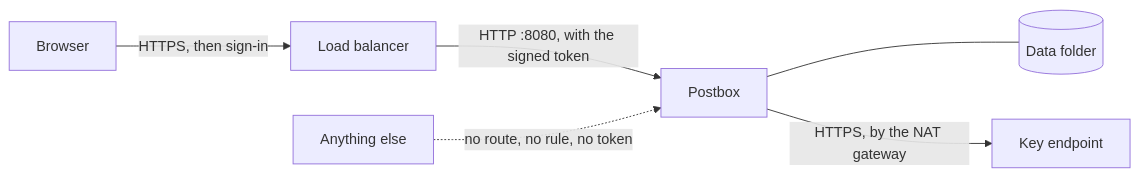
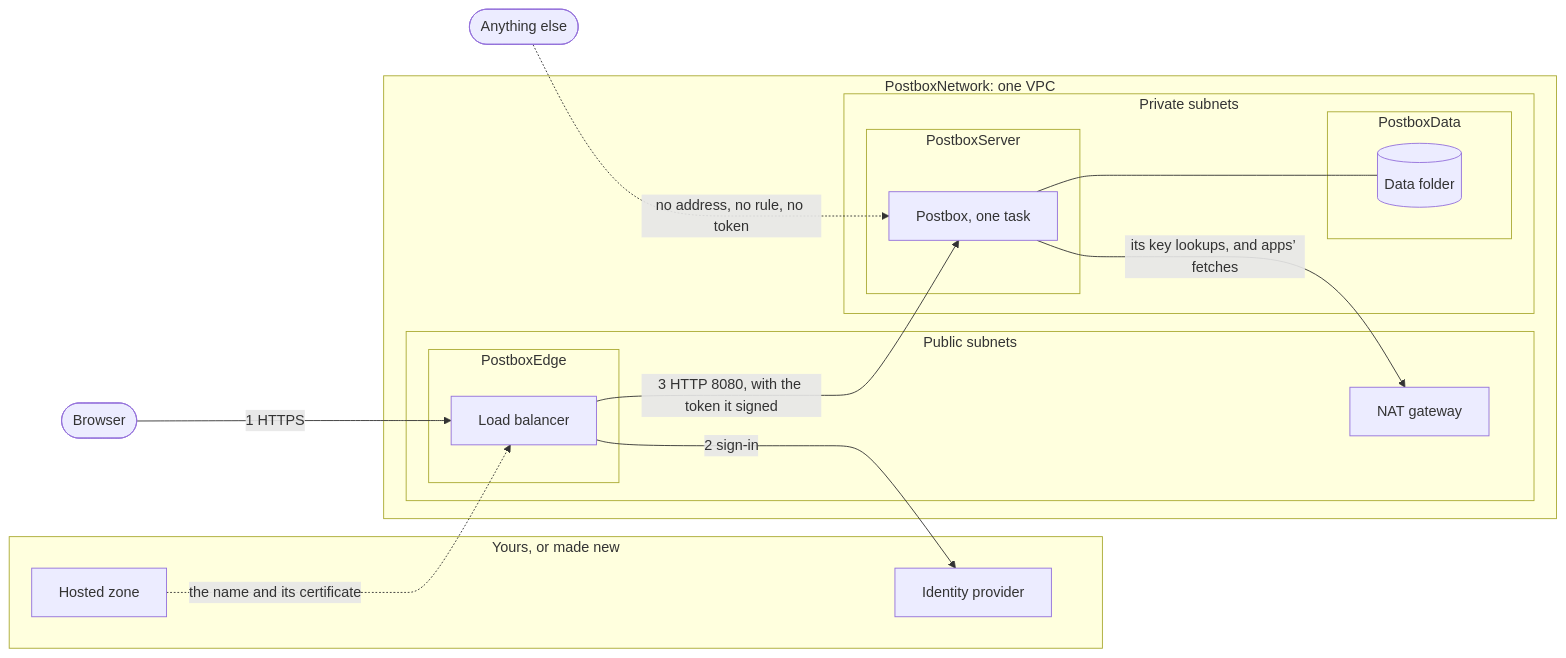
One commit to HJeon139/postbox changed the first of 2 diagrams in infra/README.md. Above: the diagram before and after it, drawn with Mermaid. The commit also changed other lines of this file and 1 other file, not shown here.

Commit message:
docs(hosted): what a real sign-in showed, what runs an agent host, and the architecture drawn
A person signed in at the test deployment through an existing Cognito user pool, and then couldn't
make a project: its root folder has to exist where agents work, and the server's container is
read-only and runs none. The owner asked for a hosting solution that works, for Kubernetes, Ray
Serve and AgentCore to be weighed, and for the architecture to be drawn in the recipe.

hosted.md records the sign-in, weighs Fargate, an EC2 instance, Kubernetes, Ray Serve and AgentCore
Runtime as what runs an agent host, and proposes the instance. infra/README.md draws the deployment
by construct and the proposed agent host beside it.

Refs #558

````diff
--- a/infra/README.md
+++ b/infra/README.md
@@ -7,8 +11,31 @@
 ```mermaid
 flowchart LR
-  B[Browser] -->|"HTTPS, then sign-in"| LB[Load balancer]
-  LB -->|"HTTP :8080, with the signed token"| T[Postbox]
-  T --- D[(Data folder)]
-  T -->|"HTTPS, by the NAT gateway"| K[Key endpoint]
-  X[Anything else] -. "no route, no rule, no token" .-> T
+  B([Browser])
+  subgraph yours [Yours, or made new]
+    Z[Hosted zone]
+    I[Identity provider]
+  end
+  subgraph net [PostboxNetwork: one VPC]
+    subgraph public [Public subnets]
+      subgraph edge [PostboxEdge]
+        LB[Load balancer]
+      end
+      N[NAT gateway]
+    end
+    subgraph private [Private subnets]
+      subgraph server [PostboxServer]
+        S[Postbox, one task]
+      end
+      subgraph data [PostboxData]
+        D[(Data folder)]
+      end
+    end
+  end
+  Z -. "the name and its certificate" .-> LB
+  B -->|"1 HTTPS"| LB
+  LB -->|"2 sign-in"| I
+  LB -->|"3 HTTP 8080, with the token it signed"| S
+  S --- D
+  S -->|"its key lookups, and apps’ fetches"| N
+  X([Anything else]) -. "no address, no rule, no token" .-> S
 ```
````
